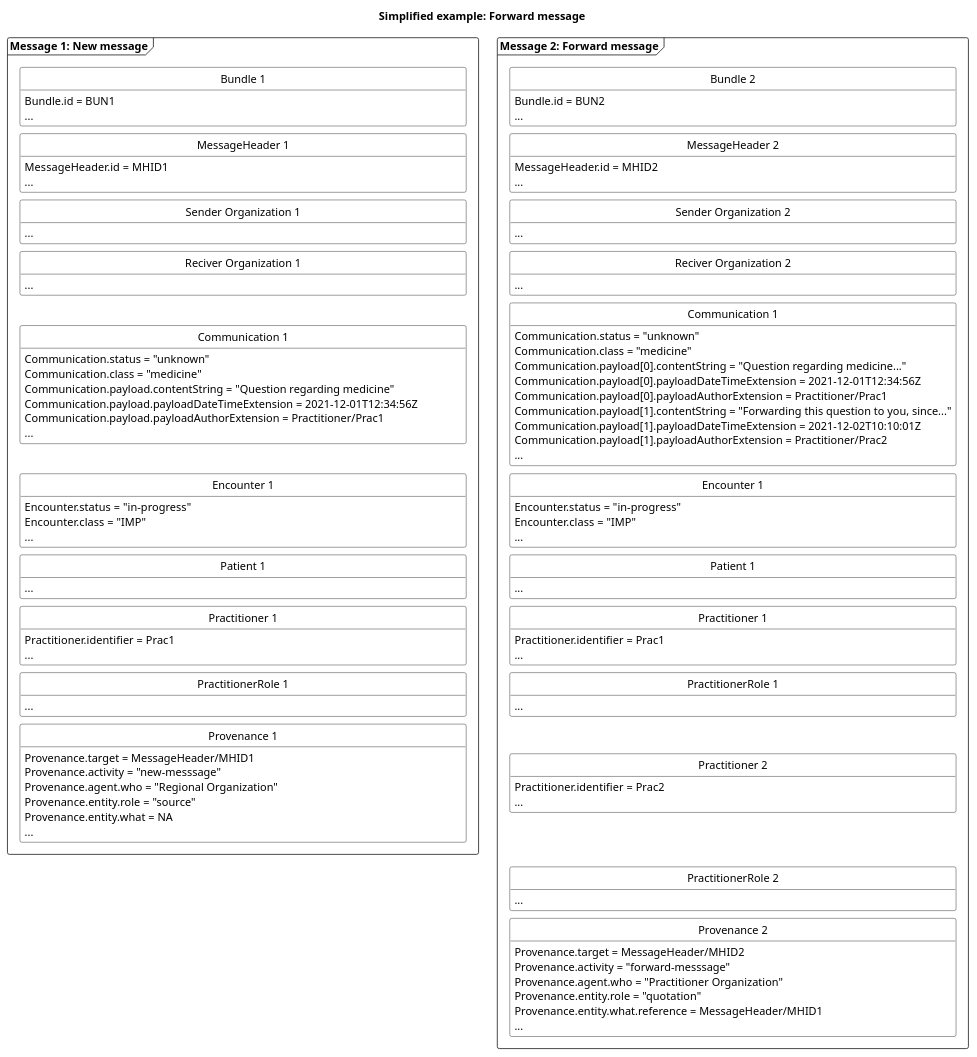
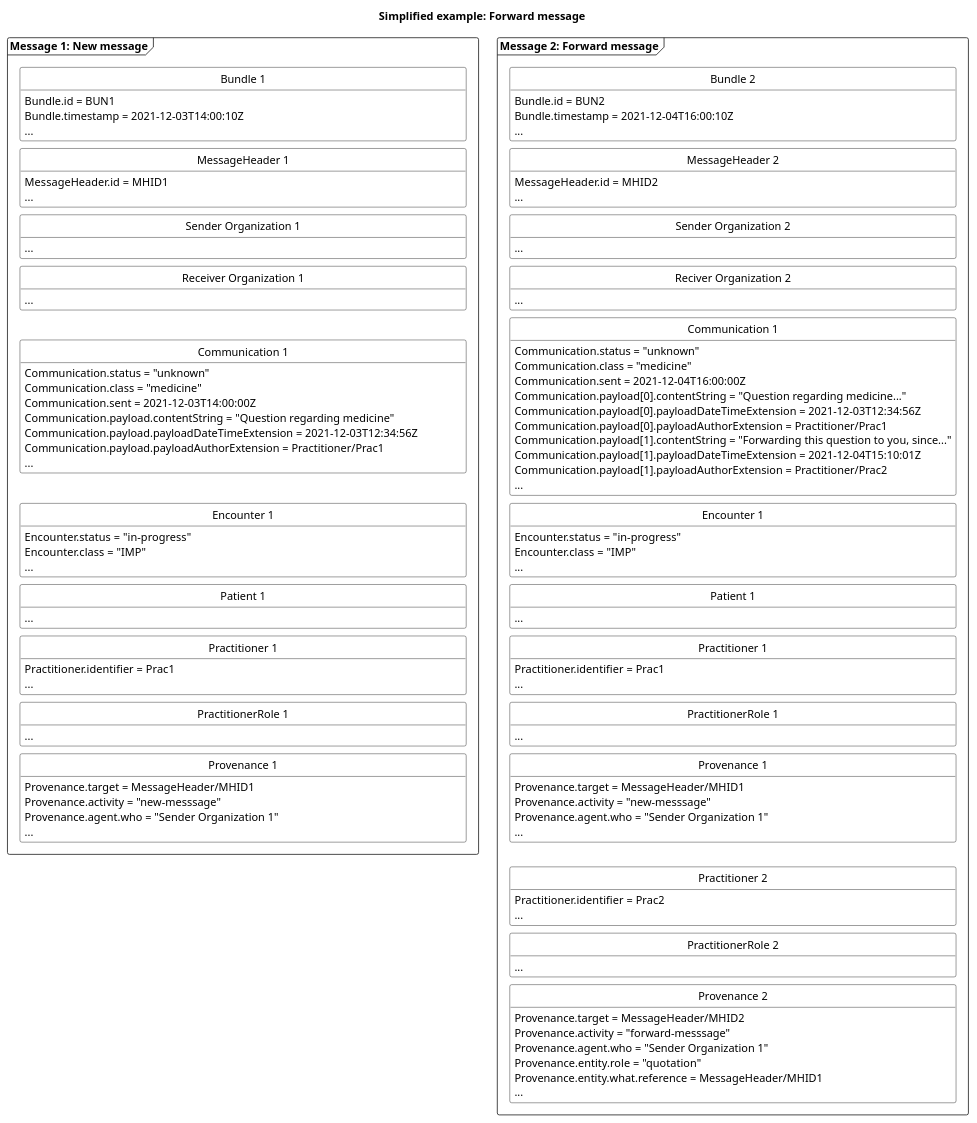
The diagram in puml/CareCommunicationForwardMessage.puml (medcomdk/dk-medcom-carecommunication), drawn with PlantUML before and after one commit. The commit also changed 30 other files, not shown here.

```diff
--- a/puml/CareCommunicationForwardMessage.puml
+++ b/puml/CareCommunicationForwardMessage.puml
@@ -1,158 +1,167 @@
 @startuml CCForwardMessage
 
 'layout
 skinparam class {
     BackgroundColor White
     BorderColor Black
     ArrowColor Black
   }
 hide circle
 hide empty members
 skinparam SameClassWidth true
 skinparam Ranksep 10
 
 
 'title
 title Simplified example: Forward message
 
 'Message 1: New message
 package "Message 1: New message" as new <<Frame>>{
     class "Bundle 1" as newB {
         Bundle.id = BUN1
+        Bundle.timestamp = 2021-12-03T14:00:10Z
         ...
     }
     class "MessageHeader 1" as newMH{
         MessageHeader.id = MHID1
         ...
     }
     class "Sender Organization 1" as newSOrg{
         ...
     }
-    class "Reciver Organization 1" as newROrg{
+    class "Receiver Organization 1" as newROrg{
         ...
     }
     class "Communication 1" as newCom{
         Communication.status = "unknown"
         Communication.class = "medicine"
+        Communication.sent = 2021-12-03T14:00:00Z
         Communication.payload.contentString = "Question regarding medicine"
-        Communication.payload.payloadDateTimeExtension = 2021-12-01T12:34:56Z
+        Communication.payload.payloadDateTimeExtension = 2021-12-03T12:34:56Z
         Communication.payload.payloadAuthorExtension = Practitioner/Prac1
         ...
     }
     class "Encounter 1" as newENC{
         Encounter.status = "in-progress"
         Encounter.class = "IMP"
         ...
     }
     class "Patient 1" as newPT{
         ...
     }
     class "Practitioner 1" as newPrac{
         Practitioner.identifier = Prac1
         ...
     }
     class "PractitionerRole 1" as newPracR{
         ...
     }
     class "Provenance 1" as newPRO{
         Provenance.target = MessageHeader/MHID1
         Provenance.activity = "new-messsage"
-        Provenance.agent.who = "Regional Organization"
-        Provenance.entity.role = "source"
-        Provenance.entity.what = NA
+        Provenance.agent.who = "Sender Organization 1"
         ...
     }
 
 newB -[hidden]- newMH
 newMH -[hidden]- newSOrg
 newSOrg-[hidden]-newROrg
 newROrg-[hidden]-newCom
 newCom -[hidden]- newENC
 newENC-[hidden]-newPT
 newPT-[hidden]-newPrac
 newPrac-[hidden]-newPracR
 newPracR-[hidden]-newPRO
 
 
 
 }
 
 'Message 2: Forward message
 package "Message 2: Forward message" as forward <<Frame>>{
     class "Bundle 2" as forwardB {
         Bundle.id = BUN2
+        Bundle.timestamp = 2021-12-04T16:00:10Z
         ...
     }
     class "MessageHeader 2" as forwardMH{
         MessageHeader.id = MHID2
         ...
     }
     class "Sender Organization 2" as forwardSOrg{
         ...
     }
     class "Reciver Organization 2" as forwardROrg{
         ...
     }
     class "Communication 1" as newforwardCom{
         Communication.status = "unknown"
         Communication.class = "medicine"
+        Communication.sent = 2021-12-04T16:00:00Z
         Communication.payload[0].contentString = "Question regarding medicine..."
-        Communication.payload[0].payloadDateTimeExtension = 2021-12-01T12:34:56Z
+        Communication.payload[0].payloadDateTimeExtension = 2021-12-03T12:34:56Z
         Communication.payload[0].payloadAuthorExtension = Practitioner/Prac1
         Communication.payload[1].contentString = "Forwarding this question to you, since..."
-        Communication.payload[1].payloadDateTimeExtension = 2021-12-02T10:10:01Z
+        Communication.payload[1].payloadDateTimeExtension = 2021-12-04T15:10:01Z
         Communication.payload[1].payloadAuthorExtension = Practitioner/Prac2
         ...
     }
     class "Encounter 1" as newforwardENC{
         Encounter.status = "in-progress"
         Encounter.class = "IMP"
         ...
     }
     class "Patient 1" as newforwardPT{
         ...
     }
     class "Practitioner 1" as newforwardPrac{
         Practitioner.identifier = Prac1
         ...
     }
     class "PractitionerRole 1" as newforwardPracR{
         ...
     }
+    class "Provenance 1" as newforwardPRO{
+        Provenance.target = MessageHeader/MHID1
+        Provenance.activity = "new-messsage"
+        Provenance.agent.who = "Sender Organization 1"
+        ...
+    }
     class "Practitioner 2" as forwardPrac{
         Practitioner.identifier = Prac2
         ...
     }
     class "PractitionerRole 2" as forwardPracR{
         ...
     }    
     class "Provenance 2" as forwardPRO{
         Provenance.target = MessageHeader/MHID2
         Provenance.activity = "forward-messsage"
-        Provenance.agent.who = "Practitioner Organization"
+        Provenance.agent.who = "Sender Organization 1"
         Provenance.entity.role = "quotation"
         Provenance.entity.what.reference = MessageHeader/MHID1
         ...
     }
 
 forwardB -[hidden]- forwardMH
 forwardMH -[hidden]- forwardSOrg
 forwardSOrg-[hidden]-forwardROrg
 forwardROrg-[hidden]-newforwardCom
 newforwardCom -[hidden]- newforwardENC
 newforwardENC-[hidden]-newforwardPT
 newforwardPT-[hidden]-newforwardPrac
 newforwardPrac-[hidden]-newforwardPracR
-newforwardPracR-[hidden]-forwardPrac
+newforwardPracR-[hidden]-newforwardPRO
+newforwardPRO-[hidden]-forwardPrac
 forwardPrac-[hidden]-forwardPracR
 forwardPracR-[hidden]-forwardPRO
 
 
 
 }
 
 ' pile mellem de to beskeder
 ' admit --> finished
 
 
 @enduml
```
